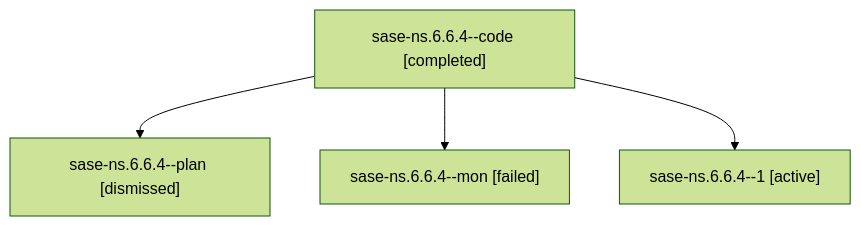
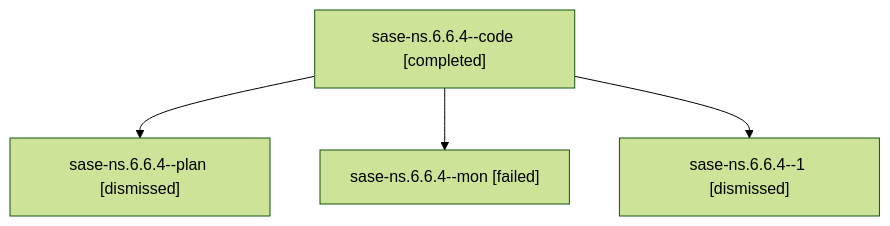
Before and after one commit to sase-org/sase--agents: the diagram in sessions/bbugyi200.athena.sase-ns.6.6.4.md, drawn with Mermaid (forest theme). The commit also changed other lines of this file and 134 other files, not shown here.

````diff
--- a/sessions/bbugyi200.athena.sase-ns.6.6.4.md
+++ b/sessions/bbugyi200.athena.sase-ns.6.6.4.md
@@ -9,10 +9,10 @@
 ```mermaid
 flowchart TD
   n0["sase-ns.6.6.4--code [completed]"]
   n1["sase-ns.6.6.4--plan [dismissed]"]
   n0 --> n1
   n2["sase-ns.6.6.4--mon [failed]"]
   n0 --> n2
-  n3["sase-ns.6.6.4--1 [active]"]
+  n3["sase-ns.6.6.4--1 [dismissed]"]
   n0 --> n3
 ```
````
